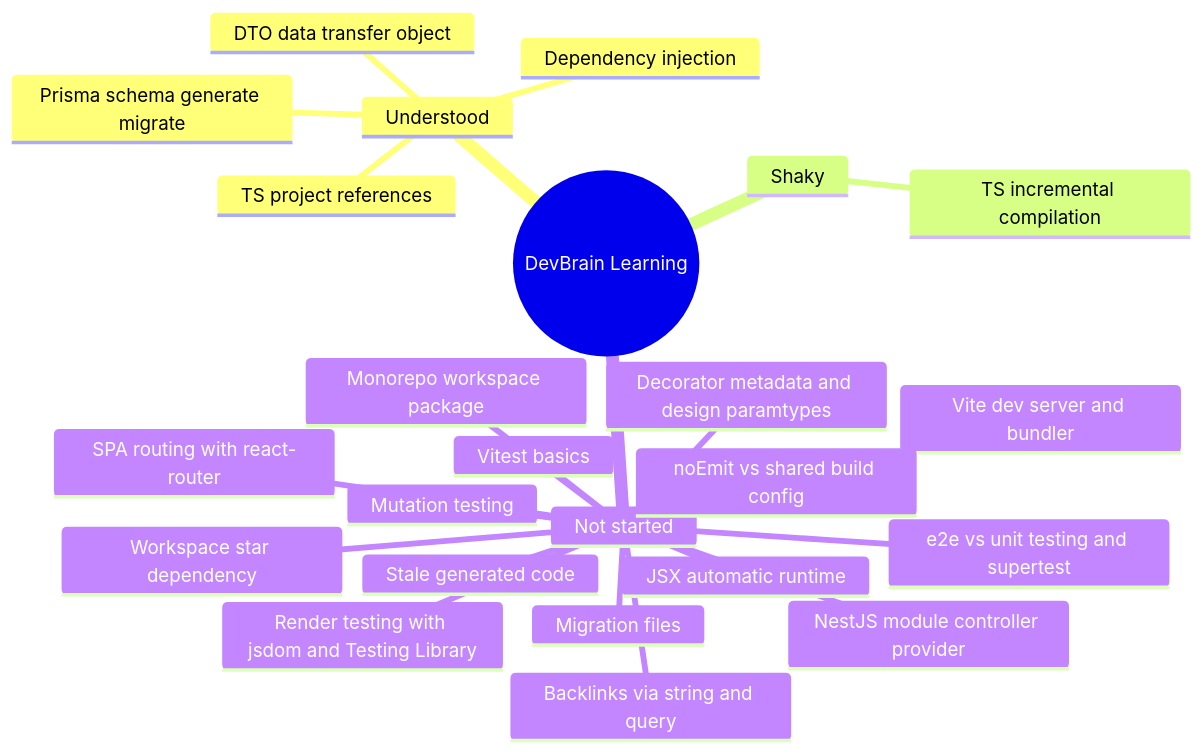
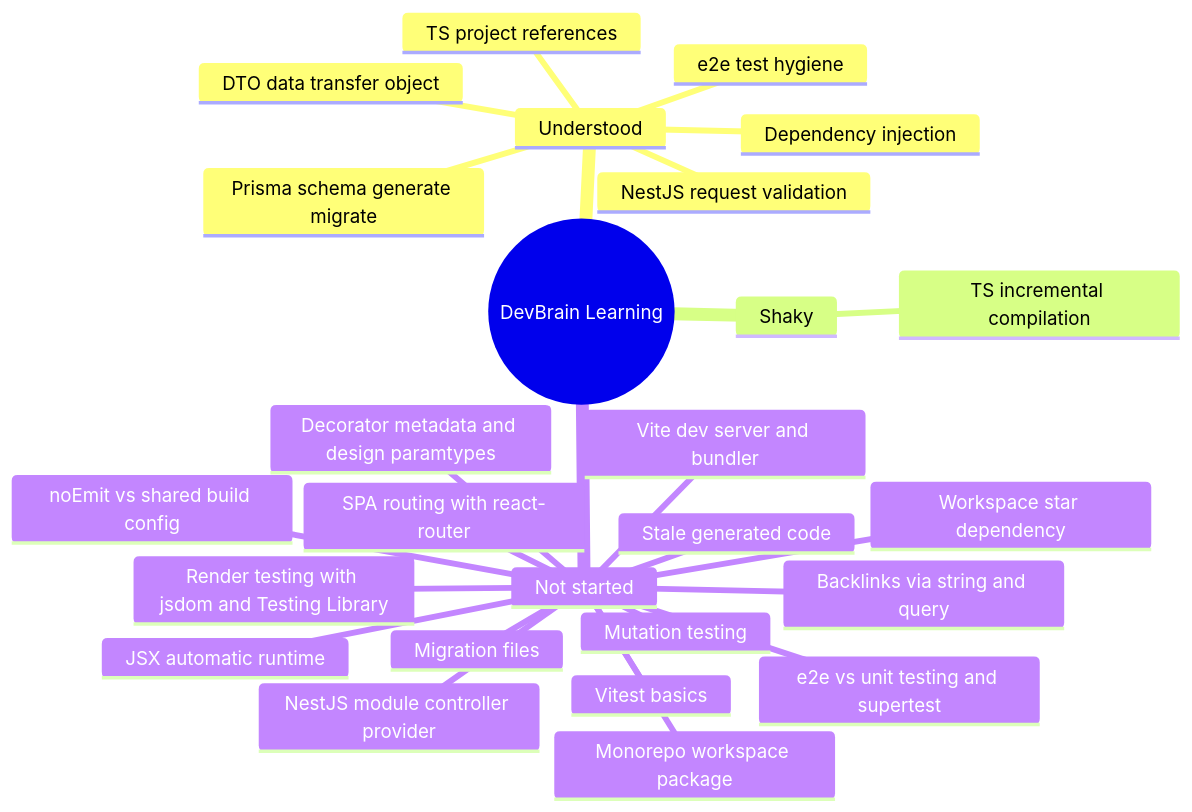
One commit to Phonghigh/DevBrain changed the diagram in docs/LEARNING_LOG.md. Above: the diagram before and after it, drawn with Mermaid. The commit also changed other lines of this file and 14 other files, not shown here.

````diff
--- a/docs/LEARNING_LOG.md
+++ b/docs/LEARNING_LOG.md
@@ -42,27 +44,29 @@
 ```mermaid
 mindmap
   root((DevBrain Learning))
     Understood
       Dependency injection
       Prisma schema generate migrate
       TS project references
       DTO data transfer object
+      NestJS request validation
+      e2e test hygiene
     Shaky
       TS incremental compilation
     Not started
       Monorepo workspace package
       Vitest basics
       NestJS module controller provider
       Vite dev server and bundler
       SPA routing with react-router
       JSX automatic runtime
       e2e vs unit testing and supertest
       Decorator metadata and design paramtypes
       Render testing with jsdom and Testing Library
       Mutation testing
       Backlinks via string and query
       Migration files
       Stale generated code
       Workspace star dependency
       noEmit vs shared build config
 ```
````
